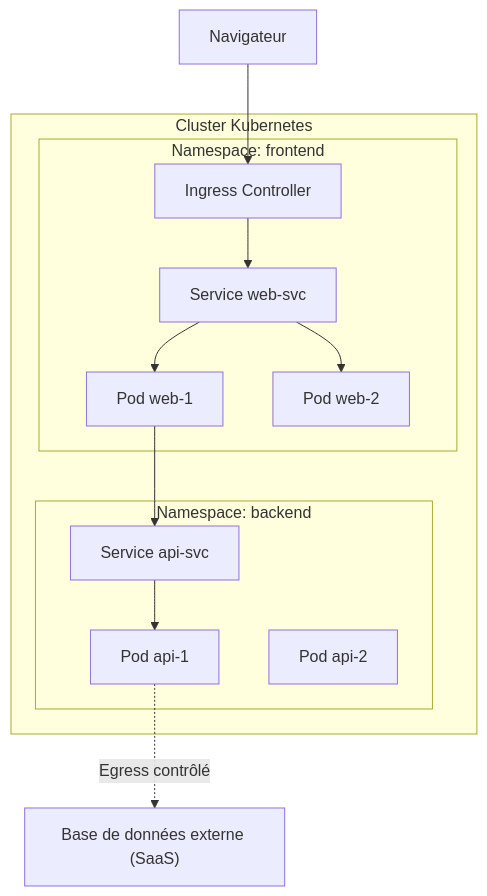
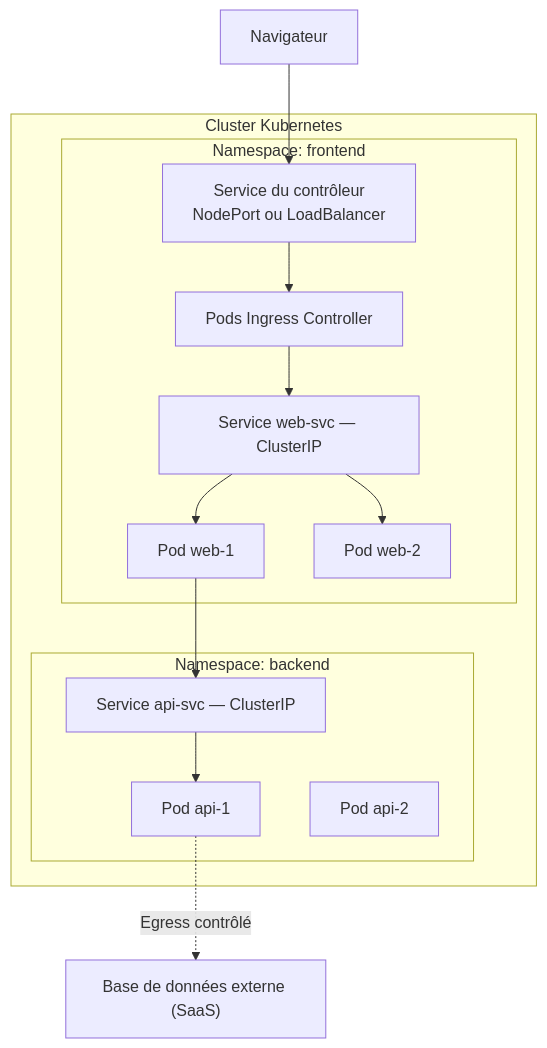
One commit to sountrust/MICSI_A4 changed the ninth of 9 diagrams in CM2.md. Above: the diagram before and after it, drawn with Mermaid. The commit also changed other lines of this file, not shown here.

Commit message:
Reprise finale du CM2 pour améliorer la compréhension de l'ingress et de l'egress Ajout des schémas sur type et raison d'un cluster "environnement et iac" Suppression des redites

````diff
--- a/CM2.md
+++ b/CM2.md
@@ -733,19 +857,20 @@
 ```mermaid
 graph TD
   subgraph Cluster["Cluster Kubernetes"]
     subgraph NamespaceA["Namespace: frontend"]
-      I["Ingress Controller"]
-      S1["Service web-svc"]
+      Entry["Service du contrôleur<br/>NodePort ou LoadBalancer"]
+      I["Pods Ingress Controller"]
+      S1["Service web-svc — ClusterIP"]
       P1["Pod web-1"]
       P2["Pod web-2"]
     end
     subgraph NamespaceB["Namespace: backend"]
-      S2["Service api-svc"]
+      S2["Service api-svc — ClusterIP"]
       P3["Pod api-1"]
       P4["Pod api-2"]
     end
   end
-  User["Navigateur"] --> I --> S1 --> P1 & P2
+  User["Navigateur"] --> Entry --> I --> S1 --> P1 & P2
   P1 --> S2 --> P3
   P3 -.->|"Egress contrôlé"| ExternalDB["Base de données externe (SaaS)"]
 ```
````
